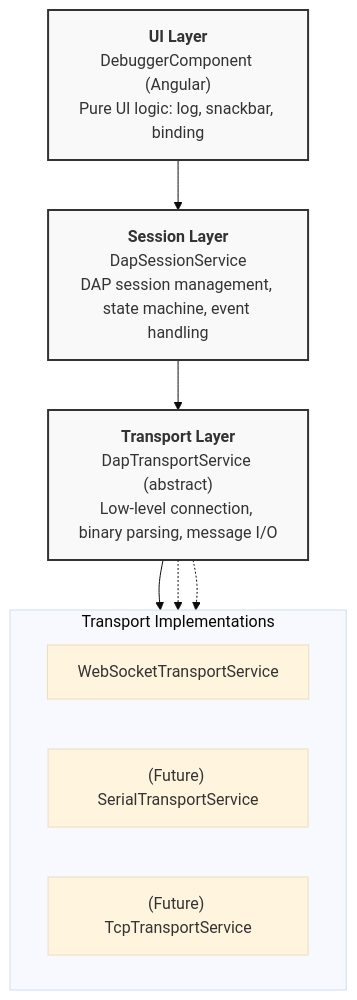
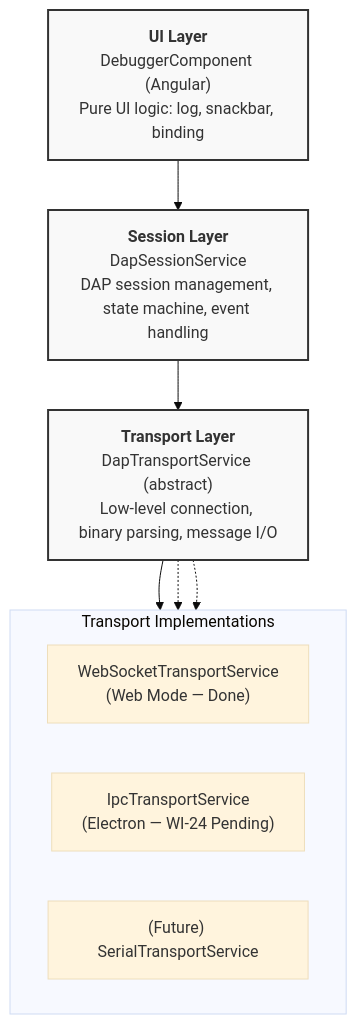
Before and after one commit to tangpo387-arch/taro-debugger: the first of 9 diagrams in docs/architecture.md, drawn with Mermaid (base theme). The commit also changed other lines of this file and 8 other files, not shown here.

Commit message:
docs: update architecture and project management documentation, replace changelog with design-decisions, and configure markdownlint.

````diff
--- a/docs/architecture.md
+++ b/docs/architecture.md
@@ -19,24 +19,24 @@
 ```mermaid
 graph TD
     UI["<b>UI Layer</b><br/>DebuggerComponent (Angular)<br/>Pure UI logic: log, snackbar, binding"]
     Session["<b>Session Layer</b><br/>DapSessionService<br/>DAP session management, state machine, event handling"]
     Transport["<b>Transport Layer</b><br/>DapTransportService (abstract)<br/>Low-level connection, binary parsing, message I/O"]
 
     UI --> Session
     Session --> Transport
 
     subgraph Implementations ["Transport Implementations"]
         direction LR
-        WSS["WebSocketTransportService"]
+        WSS["WebSocketTransportService<br/>(Web Mode — Done)"]
+        IPC["IpcTransportService<br/>(Electron — WI-24 Pending)"]
         STS["(Future) SerialTransportService"]
-        TTS["(Future) TcpTransportService"]
     end
 
     Transport --> WSS
+    Transport -.-> IPC
     Transport -.-> STS
-    Transport -.-> TTS
 
     style UI fill:#f9f9f9,stroke:#333,stroke-width:2px
     style Session fill:#f9f9f9,stroke:#333,stroke-width:2px
     style Transport fill:#f9f9f9,stroke:#333,stroke-width:2px
 ```
````
